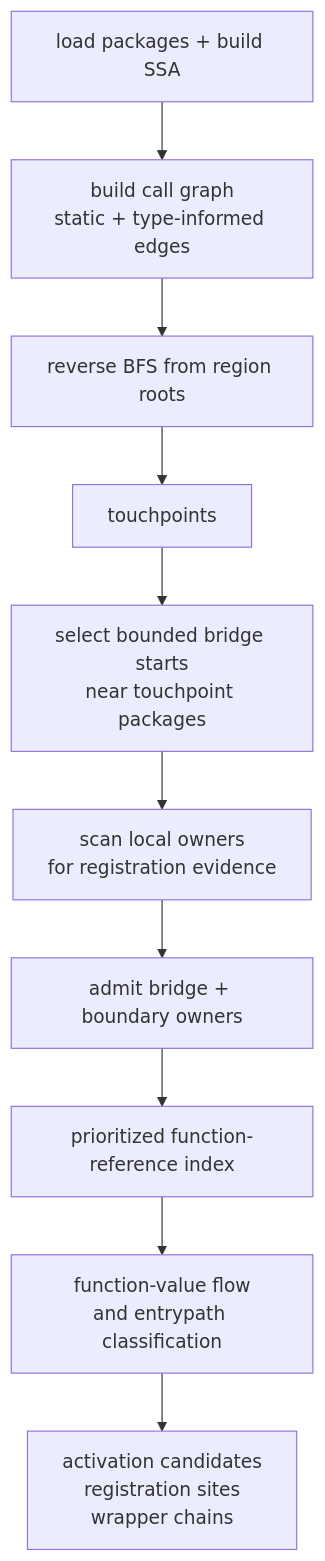
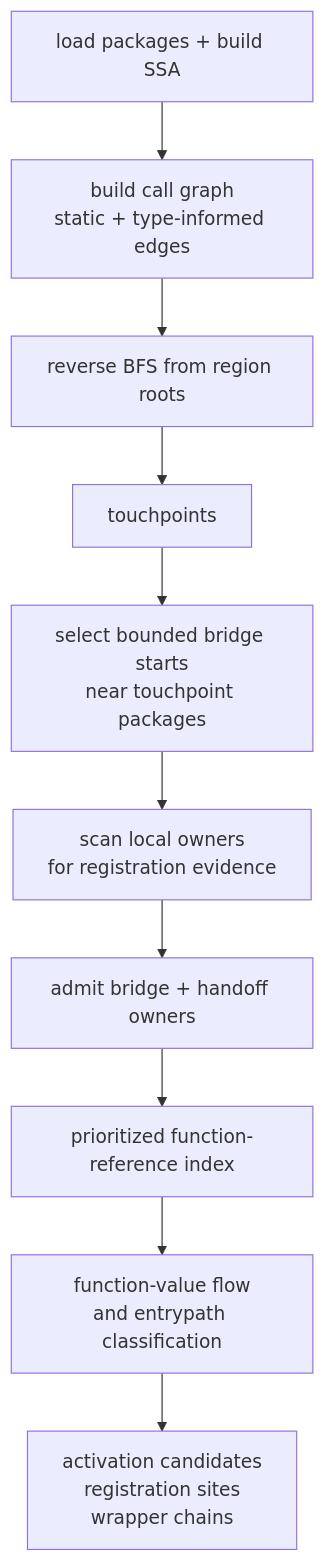
One commit to tgoodwin/monolift changed the third of 3 diagrams in docs/site/docs/entrypath-bridge.md. Above: the diagram before and after it, drawn with Mermaid. The commit also changed other lines of this file and 2 other files, not shown here.

Commit message:
Clarify activation handoff docs

````diff
--- a/docs/site/docs/entrypath-bridge.md
+++ b/docs/site/docs/entrypath-bridge.md
@@ -202,12 +279,12 @@
 ```mermaid
 flowchart TD
     A["load packages + build SSA"] --> B["build call graph<br/>static + type-informed edges"]
     B --> C["reverse BFS from region roots"]
     C --> D["touchpoints"]
     D --> E["select bounded bridge starts<br/>near touchpoint packages"]
     E --> F["scan local owners<br/>for registration evidence"]
-    F --> G["admit bridge + boundary owners"]
+    F --> G["admit bridge + handoff owners"]
     G --> H["prioritized function-reference index"]
     H --> I["function-value flow<br/>and entrypath classification"]
     I --> J["activation candidates<br/>registration sites<br/>wrapper chains"]
 ```
````
